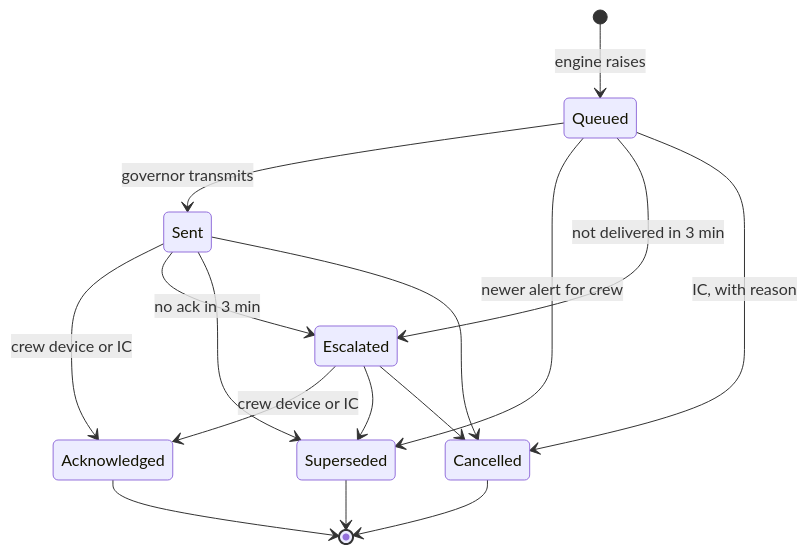
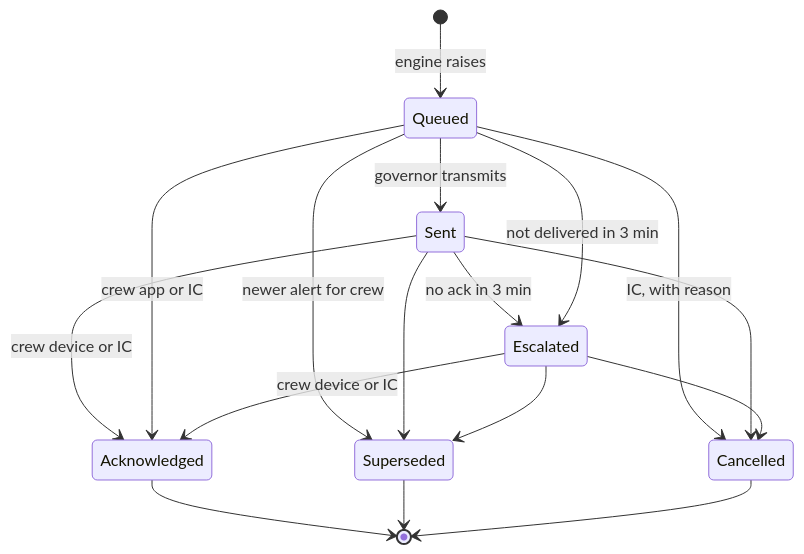
One commit to BrandonBodilyDev/lookout changed the second of 2 diagrams in README.md. Above: the diagram before and after it, drawn with Mermaid. The commit also changed other lines of this file and 17 other files, not shown here.

````diff
--- a/README.md
+++ b/README.md
@@ -196,18 +196,19 @@
 ```mermaid
 stateDiagram-v2
     [*] --> Queued: engine raises
     Queued --> Sent: governor transmits
     Queued --> Superseded: newer alert for crew
     Sent --> Acknowledged: crew device or IC
+    Queued --> Acknowledged: crew app or IC
     Sent --> Escalated: no ack in 3 min
     Queued --> Escalated: not delivered in 3 min
     Escalated --> Acknowledged: crew device or IC
     Sent --> Superseded
     Escalated --> Superseded
     Queued --> Cancelled: IC, with reason
     Sent --> Cancelled
     Escalated --> Cancelled
     Acknowledged --> [*]
     Superseded --> [*]
     Cancelled --> [*]
 ```
````
